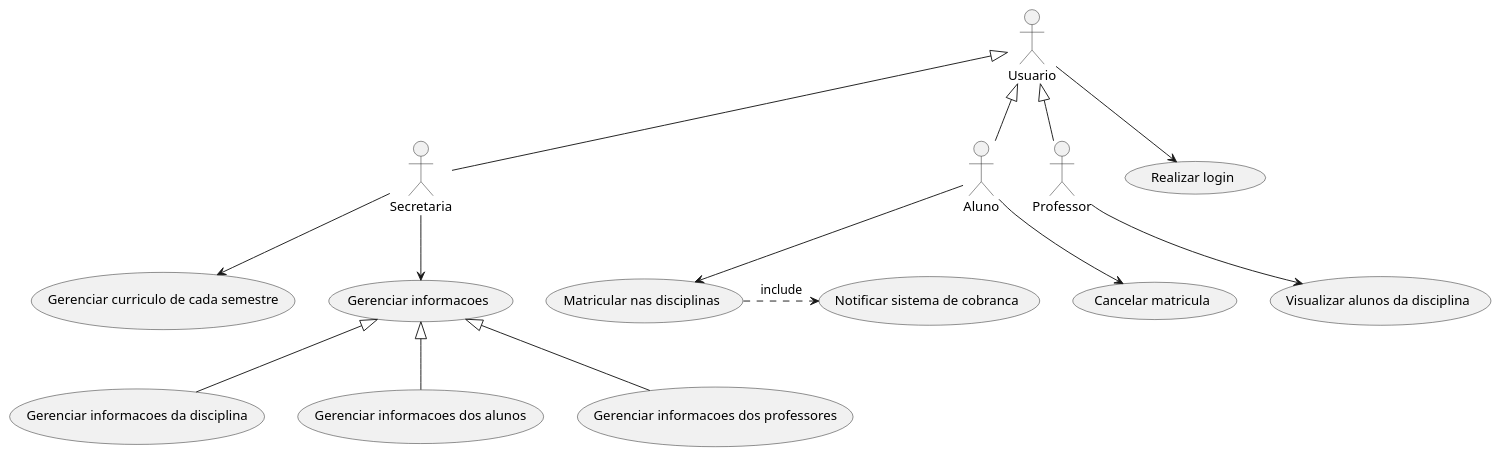
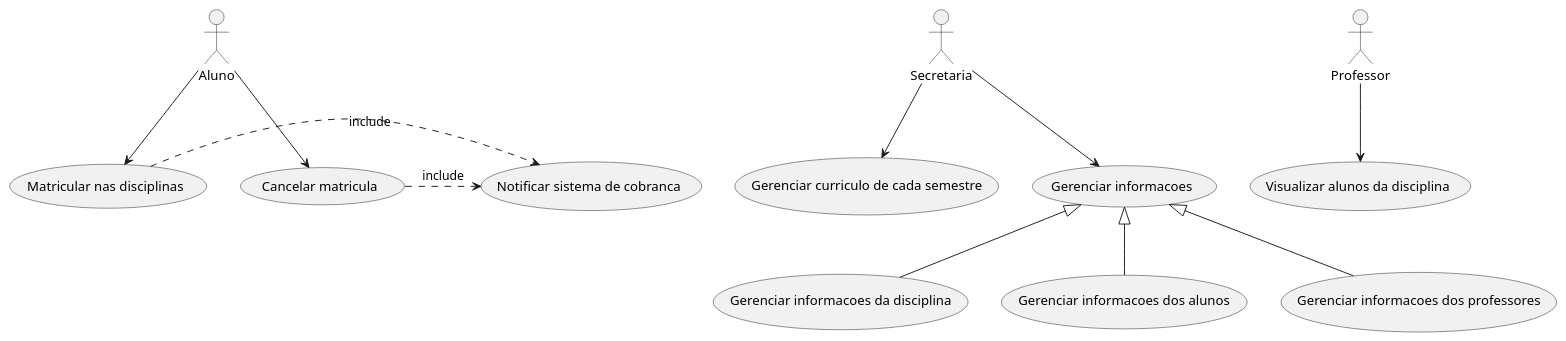
One commit to AugustoNoronha/labDevSoftware changed the diagram in projeto/casoDeUso/casoDeUso.puml. Above: the diagram before and after it, drawn with PlantUML. The commit also changed 1 other file, not shown here.

Commit message:
Diagrama de classe e de uso

```diff
--- a/projeto/casoDeUso/casoDeUso.puml
+++ b/projeto/casoDeUso/casoDeUso.puml
@@ -1,38 +1,30 @@
 @startuml
-
-"Usuario" as usuario
 "Secretaria" as secetaria
 "Aluno" as aluno
 "Professor" as professor
-
-usuario <|-- secetaria
-usuario <|-- aluno
-usuario <|-- professor
-
-usuario --> (Login)
-"Realizar login" as (Login)
 
 secetaria --> (Gerenciar curriculo)
 secetaria --> (Gerenciar informacoes)
 
 (Gerenciar informacoes) <|-- (Gerenciar informacoes da disciplina)
 (Gerenciar informacoes) <|-- (Gerenciar informacoes dos alunos)
 (Gerenciar informacoes) <|-- (Gerenciar informacoes dos professores)
 
 "Gerenciar curriculo de cada semestre" as (Gerenciar curriculo)
 "Gerenciar informacoes" as (Gerenciar informacoes)
 "Gerenciar informacoes da disciplina" as (Gerenciar informacoes da disciplina)
 "Gerenciar informacoes dos professores" as (Gerenciar informacoes dos professores)
 "Gerenciar informacoes dos alunos" as (Gerenciar informacoes dos alunos)
 
 aluno --> (Matricular)
 aluno --> (Cancelar matricula)
 (Matricular) .> (Notificar cobranca) : include
+(Cancelar matricula) .> (Notificar cobranca) : include
 "Matricular nas disciplinas" as (Matricular)
 "Cancelar matricula" as (Cancelar matricula)
 "Notificar sistema de cobranca" as (Notificar cobranca)
 
 professor --> (Visualizar alunos da disciplina)
 "Visualizar alunos da disciplina" as (Visualizar alunos da disciplina)
 
 @enduml
```
